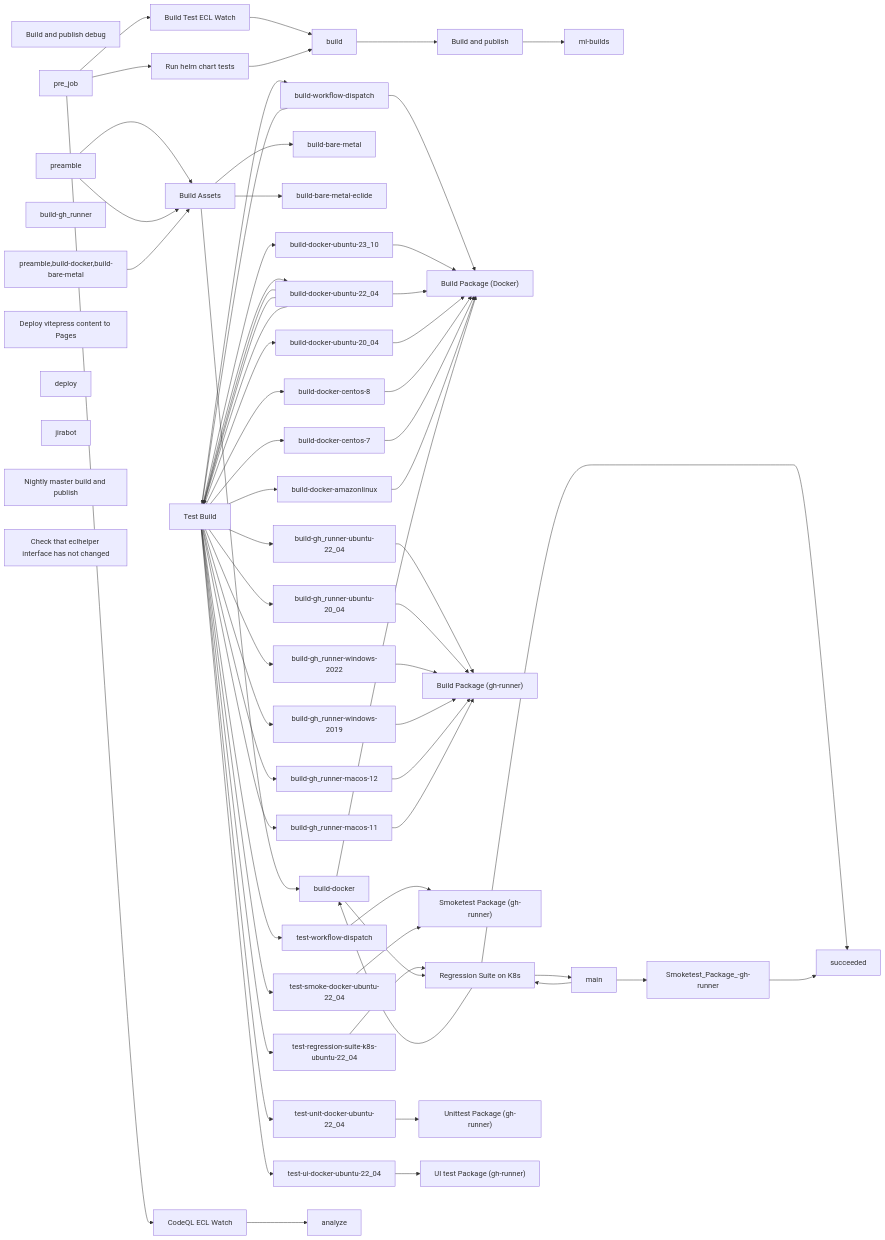
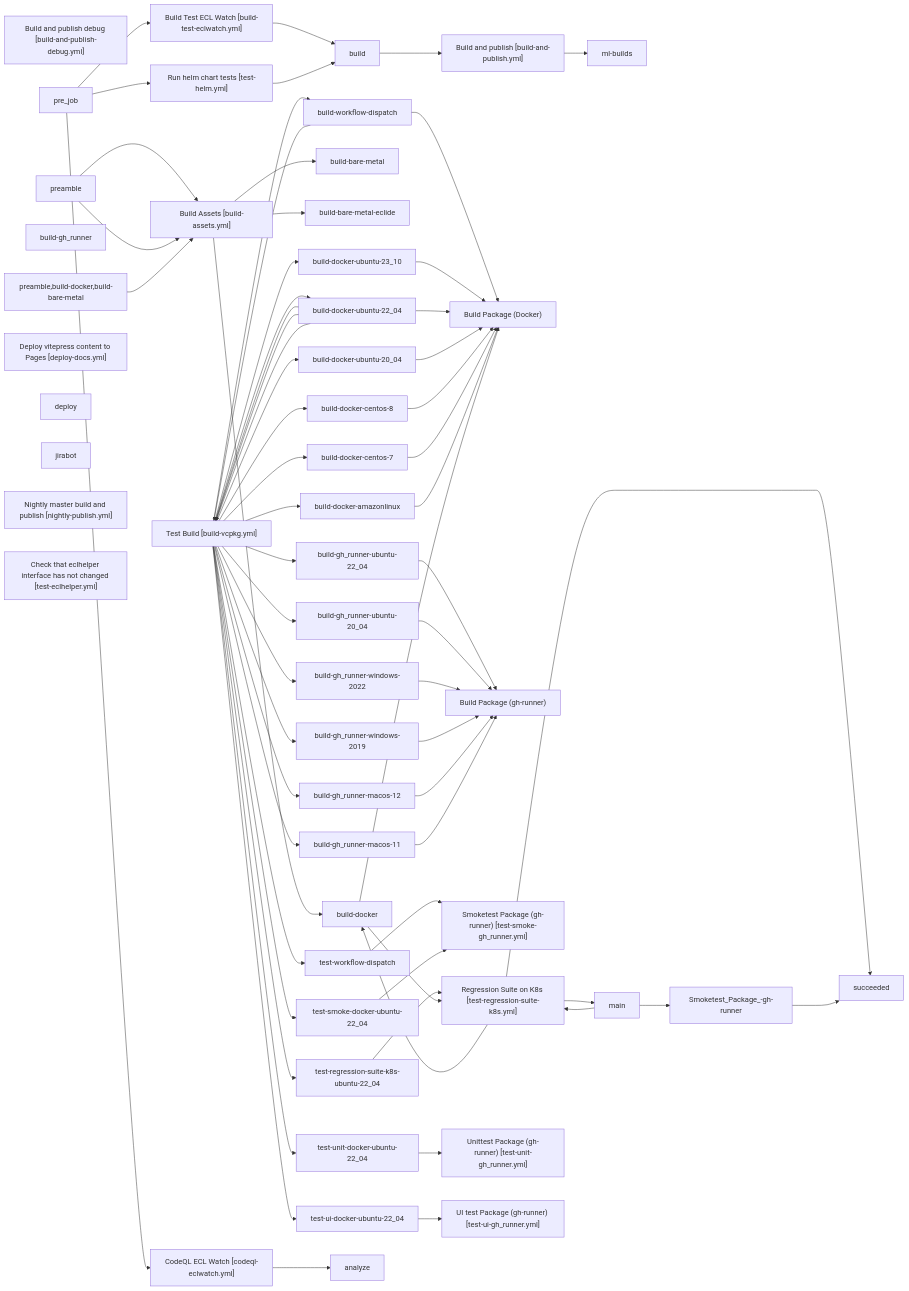
One commit to AttilaVamos/HPCC-Platform changed the second of 2 diagrams in .github/workflows/ActionFlow.md. Above: the diagram before and after it, drawn with Mermaid.

````diff
--- a/.github/workflows/ActionFlow.md
+++ b/.github/workflows/ActionFlow.md
@@ -14,12 +14,12 @@
 ```mermaid
   graph LR;
-Build_and_publish_debug["Build and publish debug"]
+Build_and_publish_debug["Build and publish debug [build-and-publish-debug.yml]"]
 build["build"]
-Build_and_publish["Build and publish"]
+Build_and_publish["Build and publish [build-and-publish.yml]"]
 build["build"]
 ml-builds["ml-builds"]
 build -->Build_and_publish-->ml-builds ;
-Build_Assets["Build Assets"]
+Build_Assets["Build Assets [build-assets.yml]"]
 preamble["preamble"]
 build-docker["build-docker"]
 preamble -->Build_Assets-->build-docker ;
@@ -27,15 +27,15 @@
 preamble -->Build_Assets-->build-bare-metal ;
 build-bare-metal-eclide["build-bare-metal-eclide"]
 preamble,build-docker,build-bare-metal -->Build_Assets-->build-bare-metal-eclide ;
-Build_Package_-Docker-["Build Package (Docker)"]
+Build_Package_-Docker-["Build Package (Docker) [build-docker.yml]"]
 build-docker["build-docker"]
-Build_Package_-gh-runner-["Build Package (gh-runner)"]
+Build_Package_-gh-runner-["Build Package (gh-runner) [build-gh_runner.yml]"]
 build-gh_runner["build-gh_runner"]
-Build_Test_ECL_Watch["Build Test ECL Watch"]
+Build_Test_ECL_Watch["Build Test ECL Watch [build-test-eclwatch.yml]"]
 pre_job["pre_job"]
 build["build"]
 pre_job -->Build_Test_ECL_Watch-->build ;
-Test_Build["Test Build"]
+Test_Build["Test Build [build-vcpkg.yml]"]
 build-workflow-dispatch["build-workflow-dispatch"]
 Build_Package_-Docker-["Build Package (Docker)"]
 Test_Build-->build-workflow-dispatch --> Build_Package_-Docker- ;
@@ -90,23 +90,23 @@
 build-gh_runner-macos-11["build-gh_runner-macos-11"]
 Build_Package_-gh-runner-["Build Package (gh-runner)"]
 Test_Build-->build-gh_runner-macos-11 --> Build_Package_-gh-runner- ;
-CodeQL_ECL_Watch["CodeQL ECL Watch"]
+CodeQL_ECL_Watch["CodeQL ECL Watch [codeql-eclwatch.yml]"]
 pre_job["pre_job"]
 analyze["analyze"]
 pre_job -->CodeQL_ECL_Watch-->analyze ;
-Deploy_vitepress_content_to_Pages["Deploy vitepress content to Pages"]
+Deploy_vitepress_content_to_Pages["Deploy vitepress content to Pages [deploy-docs.yml]"]
 deploy["deploy"]
+jirabot["jirabot [jirabot.yml]"]
 jirabot["jirabot"]
-jirabot["jirabot"]
-Nightly_master_build_and_publish["Nightly master build and publish"]
+Nightly_master_build_and_publish["Nightly master build and publish [nightly-publish.yml]"]
 build["build"]
-Check_that_eclhelper_interface_has_not_changed["Check that eclhelper interface has not changed"]
+Check_that_eclhelper_interface_has_not_changed["Check that eclhelper interface has not changed [test-eclhelper.yml]"]
 build["build"]
-Run_helm_chart_tests["Run helm chart tests"]
+Run_helm_chart_tests["Run helm chart tests [test-helm.yml]"]
 pre_job["pre_job"]
 build["build"]
 pre_job -->Run_helm_chart_tests-->build ;
-Regression_Suite_on_K8s["Regression Suite on K8s"]
+Regression_Suite_on_K8s["Regression Suite on K8s [test-regression-suite-k8s.yml]"]
 build-docker["build-docker"]
 Build_Package_-Docker-["Build Package (Docker)"]
 Regression_Suite_on_K8s-->build-docker --> Build_Package_-Docker- ;
@@ -114,12 +114,12 @@
 build-docker -->Regression_Suite_on_K8s-->main ;
 succeeded["succeeded"]
 main -->Regression_Suite_on_K8s-->succeeded ;
-Smoketest_Package_-gh-runner-["Smoketest Package (gh-runner)"]
+Smoketest_Package_-gh-runner-["Smoketest Package (gh-runner) [test-smoke-gh_runner.yml]"]
 main["main"]
 succeeded["succeeded"]
 main -->Smoketest_Package_-gh-runner--->succeeded ;
-UI_test_Package_-gh-runner-["UI test Package (gh-runner)"]
+UI_test_Package_-gh-runner-["UI test Package (gh-runner) [test-ui-gh_runner.yml]"]
 main["main"]
-Unittest_Package_-gh-runner-["Unittest Package (gh-runner)"]
+Unittest_Package_-gh-runner-["Unittest Package (gh-runner) [test-unit-gh_runner.yml]"]
 main["main"]
 ```
````
